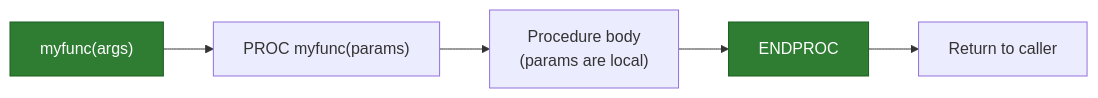
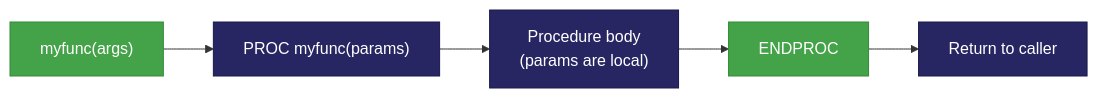
The first of 4 diagrams in sphinx-docs/guide/structured_programming.md (FoenixRetro/f256-superbasic), drawn with Mermaid before and after one commit. The commit also changed other lines of this file and 13 other files, not shown here.

````diff
--- a/sphinx-docs/guide/structured_programming.md
+++ b/sphinx-docs/guide/structured_programming.md
@@ -19,10 +19,10 @@
 ```{mermaid}
 flowchart LR
-    CALL["myfunc(args)"] --> PROC["PROC myfunc(params)"]
-    PROC --> BODY["Procedure body<br/>(params are local)"]
-    BODY --> ENDP["ENDPROC"]
-    ENDP --> RET["Return to caller"]
+    classDef primary fill:#272662,color:#fff,stroke:#1a1a4a
+    classDef accent fill:#44A348,color:#fff,stroke:#358a38
 
-    style CALL fill:#2e7d32,color:#fff,stroke:#1b5e20
-    style ENDP fill:#2e7d32,color:#fff,stroke:#1b5e20
+    CALL["myfunc(args)"]:::accent --> PROC["PROC myfunc(params)"]:::primary
+    PROC --> BODY["Procedure body<br/>(params are local)"]:::primary
+    BODY --> ENDP["ENDPROC"]:::accent
+    ENDP --> RET["Return to caller"]:::primary
 ```
````
